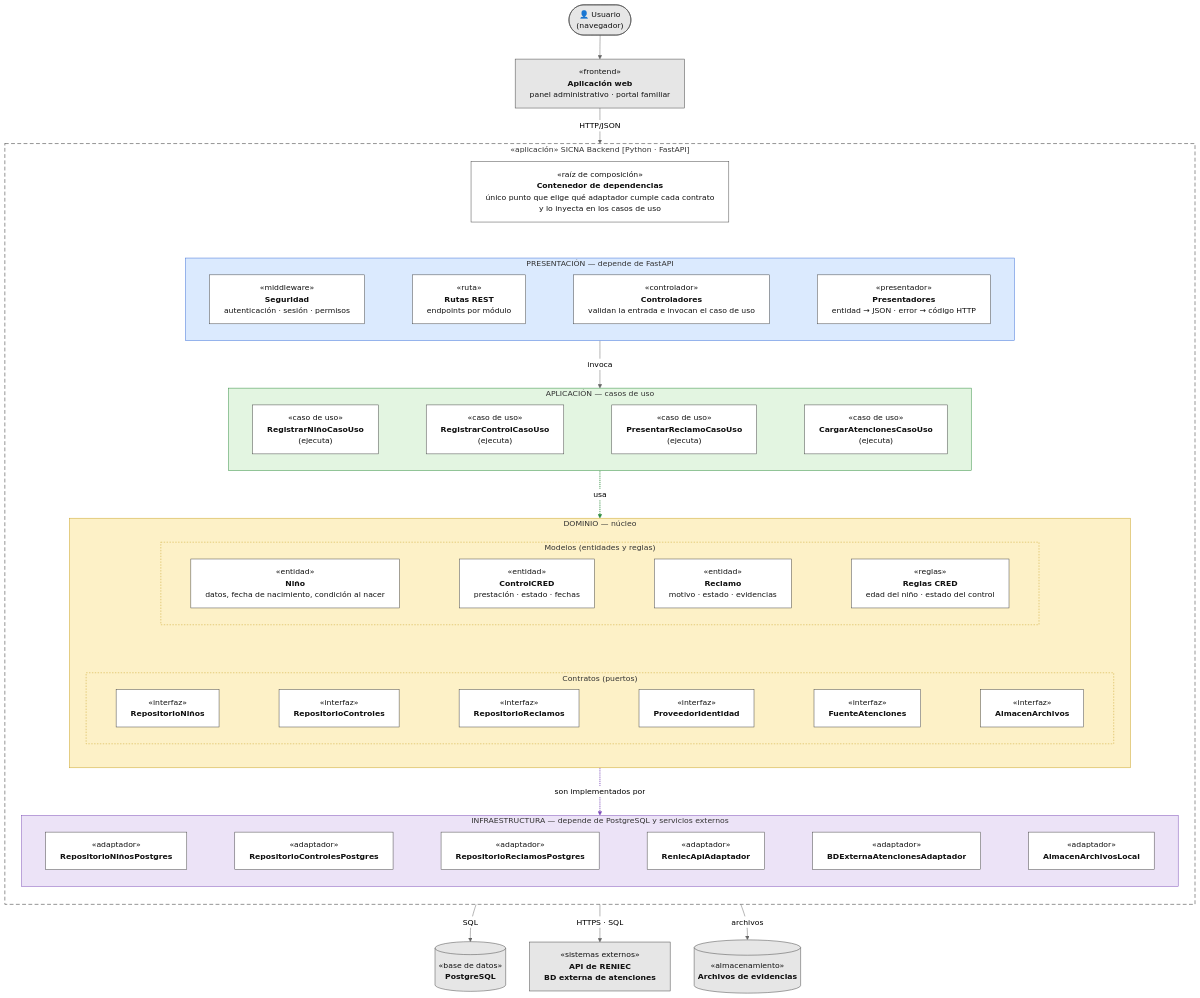
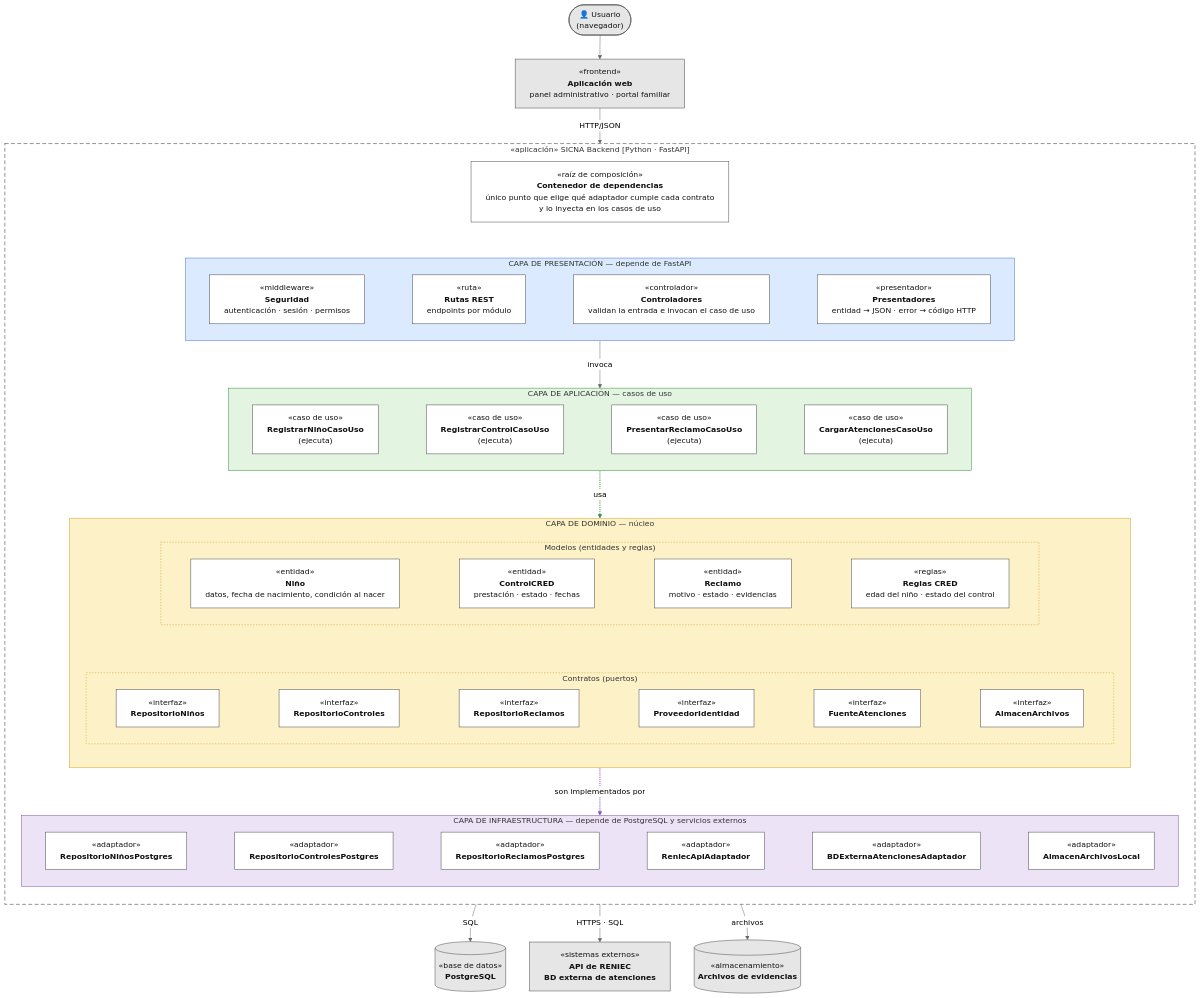
One commit to germanAmiqueroPeralta/SPRINT1 changed the diagram in docs/02-arquitectura-de-software/03-patron-arquitectonico.md. Above: the diagram before and after it, drawn with Mermaid (neutral theme). The commit also changed 3 other files, not shown here.

Commit message:
Encerrar capas con su nombre en los diagramas de arquitectura

```diff
--- a/docs/02-arquitectura-de-software/03-patron-arquitectonico.md
+++ b/docs/02-arquitectura-de-software/03-patron-arquitectonico.md
@@ -20,7 +20,7 @@
 
     subgraph SICNA["«aplicación»#nbsp;SICNA#nbsp;Backend#nbsp;[Python#nbsp;·#nbsp;FastAPI]"]
         direction TB
-        subgraph PRES["PRESENTACIÓN#nbsp;—#nbsp;depende#nbsp;de#nbsp;FastAPI"]
+        subgraph PRES["CAPA#nbsp;DE#nbsp;PRESENTACIÓN#nbsp;—#nbsp;depende#nbsp;de#nbsp;FastAPI"]
             direction LR
             p1["«middleware»<br/><b>Seguridad</b><br/>autenticación · sesión · permisos"]
             p2["«ruta»<br/><b>Rutas REST</b><br/>endpoints por módulo"]
@@ -29,7 +29,7 @@
             p1 ~~~ p2 ~~~ p3 ~~~ p4
         end
 
-        subgraph UC["APLICACIÓN#nbsp;—#nbsp;casos#nbsp;de#nbsp;uso"]
+        subgraph UC["CAPA#nbsp;DE#nbsp;APLICACIÓN#nbsp;—#nbsp;casos#nbsp;de#nbsp;uso"]
             direction LR
             a1["«caso de uso»<br/><b>RegistrarNiñoCasoUso</b><br/>(ejecuta)"]
             a2["«caso de uso»<br/><b>RegistrarControlCasoUso</b><br/>(ejecuta)"]
@@ -38,7 +38,7 @@
             a1 ~~~ a2 ~~~ a3 ~~~ a4
         end
 
-        subgraph DOM["DOMINIO#nbsp;—#nbsp;núcleo"]
+        subgraph DOM["CAPA#nbsp;DE#nbsp;DOMINIO#nbsp;—#nbsp;núcleo"]
             direction TB
             subgraph MOD["Modelos#nbsp;(entidades#nbsp;y#nbsp;reglas)"]
                 direction LR
@@ -61,7 +61,7 @@
             MOD ~~~ CON
         end
 
-        subgraph INFRA["INFRAESTRUCTURA#nbsp;—#nbsp;depende#nbsp;de#nbsp;PostgreSQL#nbsp;y#nbsp;servicios#nbsp;externos"]
+        subgraph INFRA["CAPA#nbsp;DE#nbsp;INFRAESTRUCTURA#nbsp;—#nbsp;depende#nbsp;de#nbsp;PostgreSQL#nbsp;y#nbsp;servicios#nbsp;externos"]
             direction LR
             i1["«adaptador»<br/><b>RepositorioNiñosPostgres</b>"]
             i2["«adaptador»<br/><b>RepositorioControlesPostgres</b>"]
```
